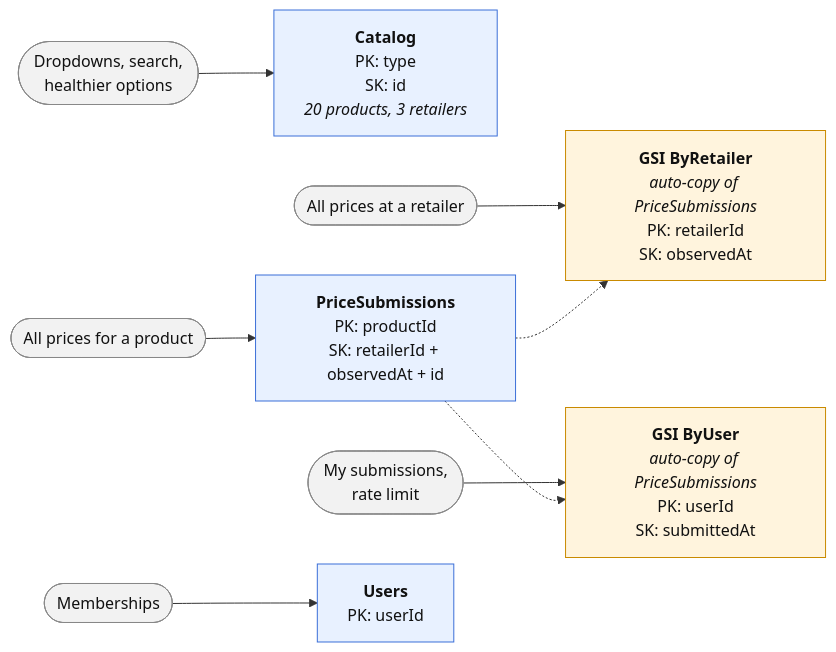
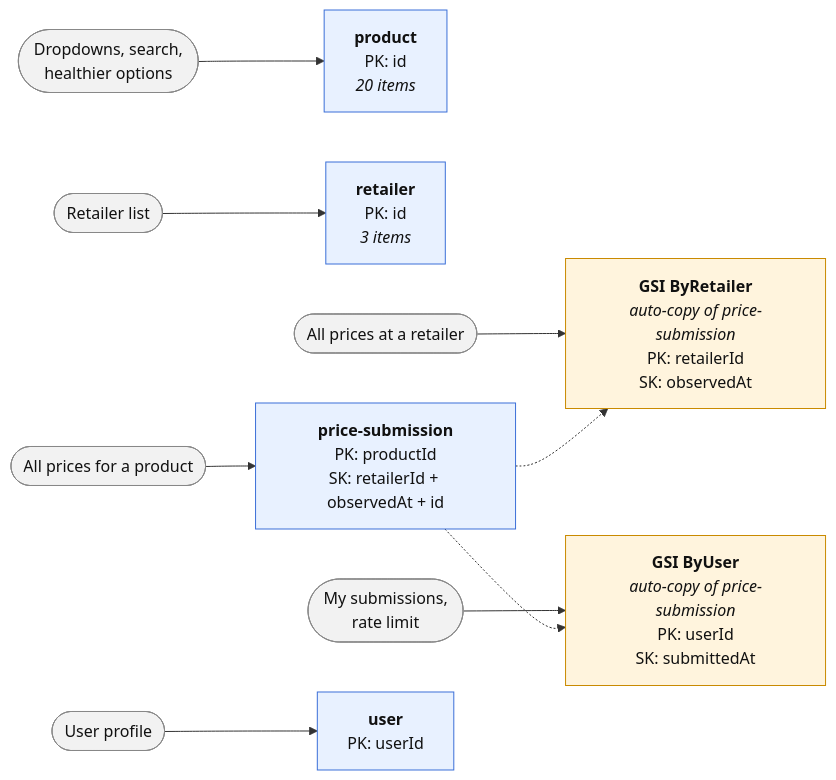
Before and after one commit to Gareth2-YS/TrolleySaver: the second of 2 diagrams in docs/architecture/database-design.md, drawn with Mermaid. The commit also changed other lines of this file, not shown here.

````diff
--- a/docs/architecture/database-design.md
+++ b/docs/architecture/database-design.md
@@ -63,24 +57,26 @@
 ```mermaid
 flowchart LR
-    Q4(["Dropdowns, search,<br/>healthier options"]) --> CAT
+    Q4(["Dropdowns, search,<br/>healthier options"]) --> PR
+    Q6(["Retailer list"]) --> RT
     Q1(["All prices for a product"]) --> PS
     Q2(["All prices at a retailer"]) --> G1
     Q3(["My submissions,<br/>rate limit"]) --> G2
-    Q5(["Memberships"]) --> US
+    Q5(["User profile"]) --> US
 
-    CAT["<b>Catalog</b><br/>PK: type<br/>SK: id<br/><i>20 products, 3 retailers</i>"]
-    PS["<b>PriceSubmissions</b><br/>PK: productId<br/>SK: retailerId + observedAt + id"]
-    G1["<b>GSI ByRetailer</b><br/><i>auto-copy of PriceSubmissions</i><br/>PK: retailerId<br/>SK: observedAt"]
-    G2["<b>GSI ByUser</b><br/><i>auto-copy of PriceSubmissions</i><br/>PK: userId<br/>SK: submittedAt"]
-    US["<b>Users</b><br/>PK: userId"]
+    PR["<b>product</b><br/>PK: id<br/><i>20 items</i>"]
+    RT["<b>retailer</b><br/>PK: id<br/><i>3 items</i>"]
+    PS["<b>price-submission</b><br/>PK: productId<br/>SK: retailerId + observedAt + id"]
+    G1["<b>GSI ByRetailer</b><br/><i>auto-copy of price-submission</i><br/>PK: retailerId<br/>SK: observedAt"]
+    G2["<b>GSI ByUser</b><br/><i>auto-copy of price-submission</i><br/>PK: userId<br/>SK: submittedAt"]
+    US["<b>user</b><br/>PK: userId"]
 
     PS -.-> G1
     PS -.-> G2
 
     classDef table fill:#e8f1ff,stroke:#3b6fd8,color:#111
     classDef index fill:#fff4dd,stroke:#c98a00,color:#111
     classDef query fill:#f2f2f2,stroke:#888,color:#111
-    class CAT,PS,US table
+    class PR,RT,PS,US table
     class G1,G2 index
-    class Q1,Q2,Q3,Q4,Q5 query
+    class Q1,Q2,Q3,Q4,Q5,Q6 query
 ```
````
